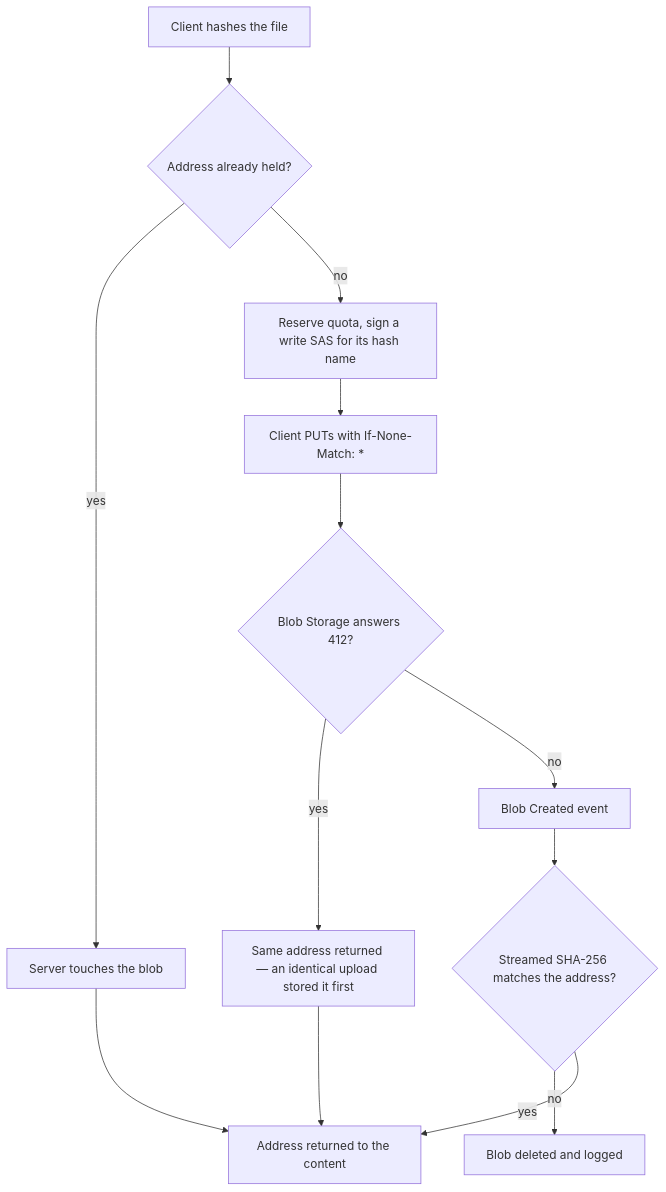
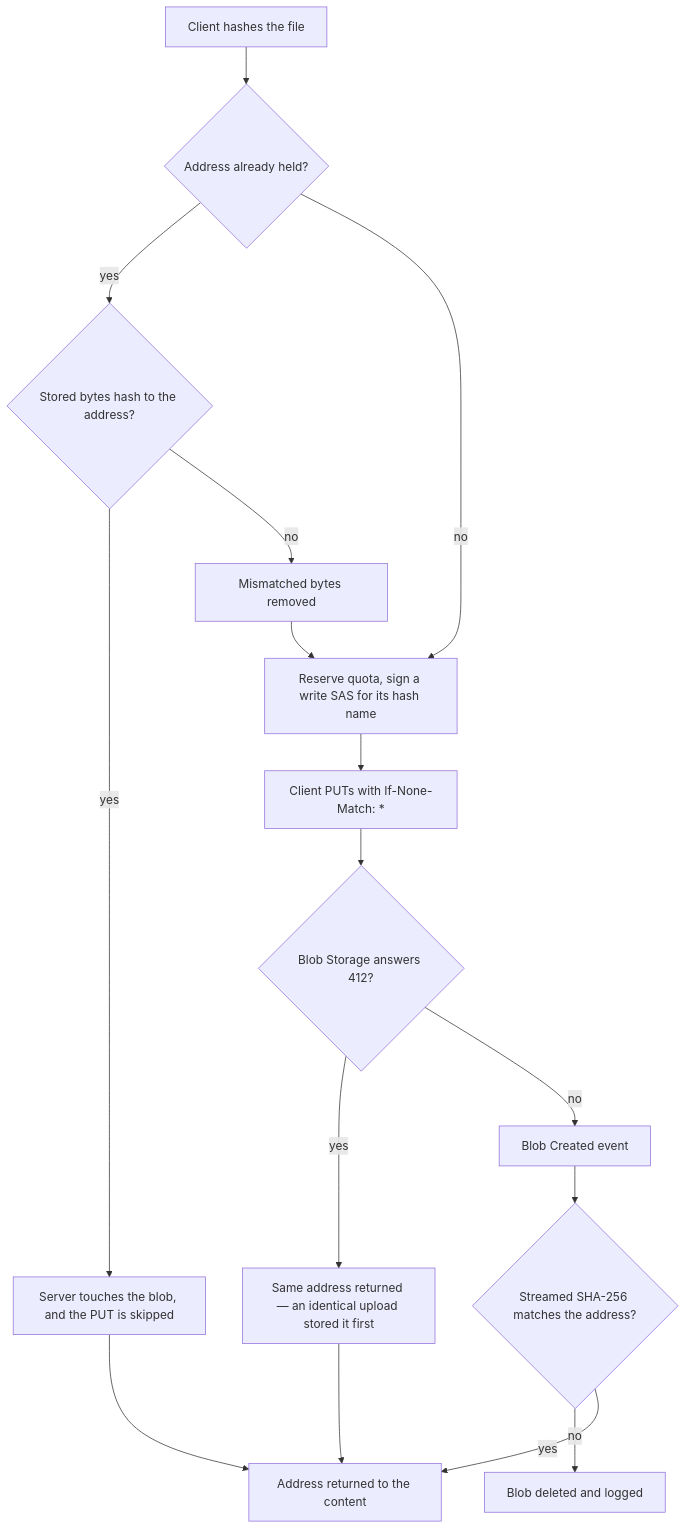
Before and after one commit to Esposter/Esposter: the first of 3 diagrams in openspec/specs/resource/content-addressed-assets/design.md, drawn with Mermaid. The commit also changed other lines of this file and 39 other files, not shown here.

First line of the commit message:
refactor(resource): resource blob names are defined once, and a held address is trusted only after its bytes hash to it

````diff
--- a/openspec/specs/resource/content-addressed-assets/design.md
+++ b/openspec/specs/resource/content-addressed-assets/design.md
@@ -11,15 +11,18 @@
 ```mermaid
 flowchart TD
   upload["Client hashes the file"] --> held{"Address already held?"}
-  held -->|yes| touch["Server touches the blob"]
+  held -->|yes| verified{"Stored bytes hash to the address?"}
   held -->|no| reserve["Reserve quota, sign a write SAS for its hash name"]
+  verified -->|yes| touch["Server touches the blob, and the PUT is skipped"]
+  verified -->|no| mismatch["Mismatched bytes removed"]
+  mismatch --> reserve
   reserve --> put["Client PUTs with If-None-Match: *"]
   put --> raced{"Blob Storage answers 412?"}
   raced -->|yes| address["Same address returned — an identical upload stored it first"]
   raced -->|no| created["Blob Created event"]
   created --> hashed{"Streamed SHA-256 matches the address?"}
   hashed -->|no| remove["Blob deleted and logged"]
   hashed -->|yes| kept["Address returned to the content"]
   touch --> kept
   address --> kept
 ```
````
